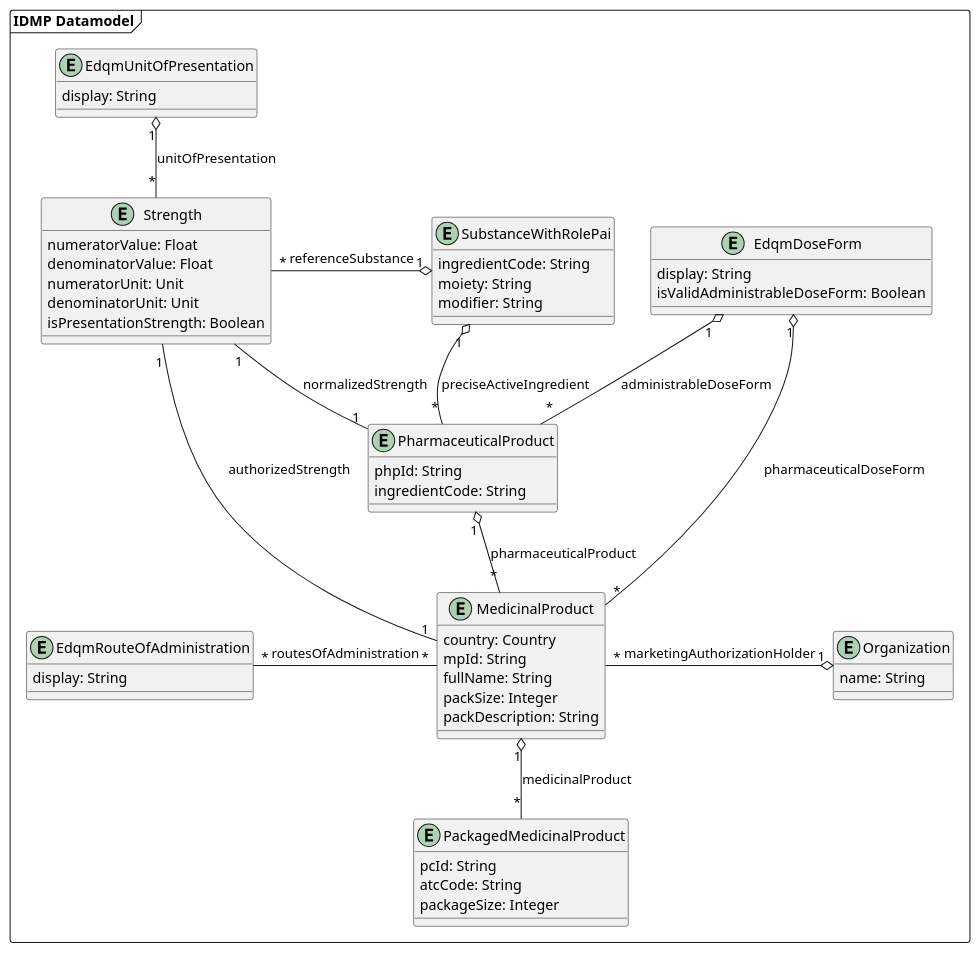
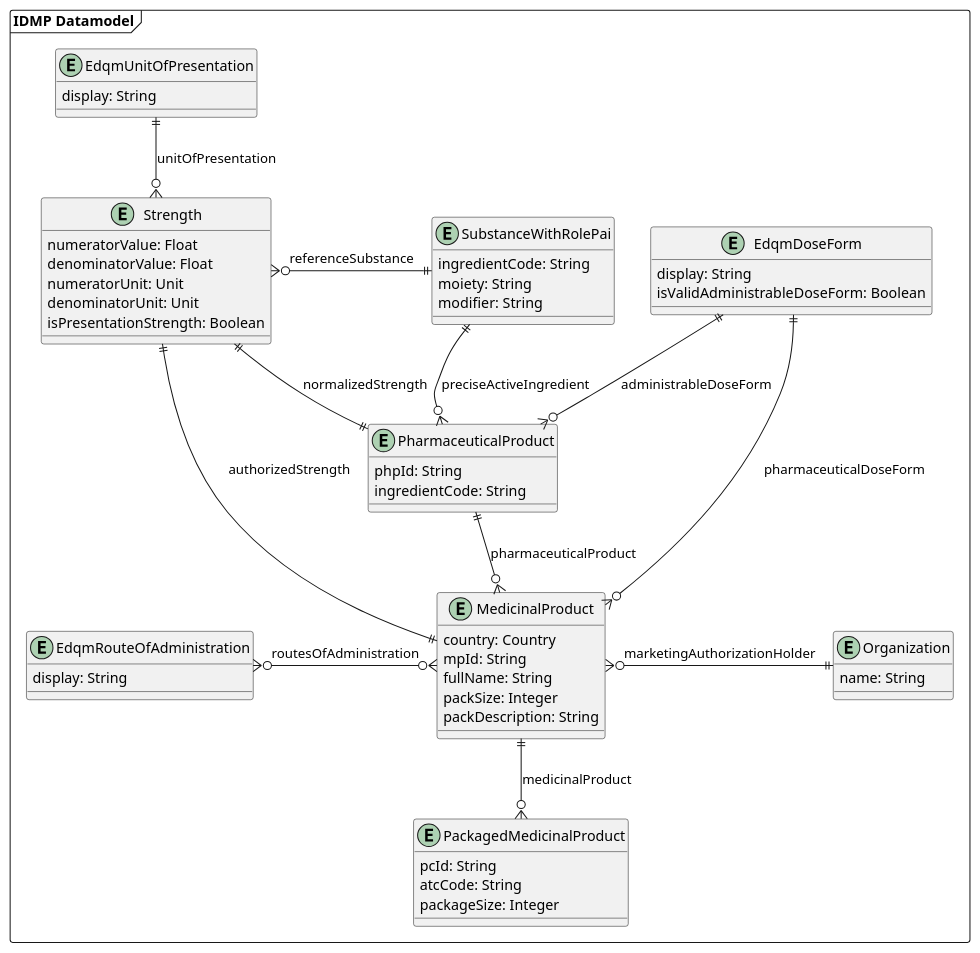
One commit to unicom-project-eu/wp6-db-api changed the diagram in uml/class/datamodel.puml. Above: the diagram before and after it, drawn with PlantUML.

Commit message:
Use ER notation for relationships

```diff
--- a/uml/class/datamodel.puml
+++ b/uml/class/datamodel.puml
@@ -1,73 +1,73 @@
 @startuml
 'https://plantuml.com/class-diagram
 
 package "IDMP Datamodel" as idmpDatamodel <<frame>> {
     entity EdqmRouteOfAdministration {
         display: String
     }
 
     entity EdqmUnitOfPresentation {
         display: String
     }
 
     together {
         entity EdqmDoseForm {
             display: String
             isValidAdministrableDoseForm: Boolean
         }
 
         entity Strength {
             numeratorValue: Float
             denominatorValue: Float
             numeratorUnit: Unit
             denominatorUnit: Unit
             isPresentationStrength: Boolean
         }
 
         entity SubstanceWithRolePai {
             ingredientCode: String
             moiety: String
             modifier: String
         }
     }
 
     entity PharmaceuticalProduct {
         phpId: String
         ingredientCode: String
     }
 
     entity MedicinalProduct {
         country: Country
         mpId: String
         fullName: String
         packSize: Integer
         packDescription: String
     }
 
     entity PackagedMedicinalProduct {
         pcId: String
         atcCode: String
         packageSize: Integer
     }
 
     entity Organization {
         name: String
     }
 
-    SubstanceWithRolePai "1" o------ "*" PharmaceuticalProduct : preciseActiveIngredient
-    EdqmDoseForm "1" o-- "*" PharmaceuticalProduct : administrableDoseForm
-    Strength "1" -- "1" PharmaceuticalProduct : normalizedStrength
+    SubstanceWithRolePai ||------o{ PharmaceuticalProduct : preciseActiveIngredient
+    EdqmDoseForm ||--o{ PharmaceuticalProduct : administrableDoseForm
+    Strength ||--|| PharmaceuticalProduct : normalizedStrength
 
-    PharmaceuticalProduct "1" o-- "*" MedicinalProduct : pharmaceuticalProduct
+    PharmaceuticalProduct ||--o{ MedicinalProduct : pharmaceuticalProduct
 
-    MedicinalProduct "1" o-- "*" PackagedMedicinalProduct : medicinalProduct
-    MedicinalProduct "*" --o "1" EdqmDoseForm : pharmaceuticalDoseForm
-    MedicinalProduct "1" -- "1" Strength : authorizedStrength
-    EdqmRouteOfAdministration "*" - "*" MedicinalProduct : routesOfAdministration
-    EdqmUnitOfPresentation "1" o-- "*" Strength: unitOfPresentation
+    MedicinalProduct ||--o{ PackagedMedicinalProduct : medicinalProduct
+    MedicinalProduct }o--|| EdqmDoseForm : pharmaceuticalDoseForm
+    MedicinalProduct ||--|| Strength : authorizedStrength
+    EdqmRouteOfAdministration }o-o{ MedicinalProduct : routesOfAdministration
+    EdqmUnitOfPresentation ||--o{ Strength: unitOfPresentation
 
-    MedicinalProduct "*" -o "1" Organization : marketingAuthorizationHolder
+    MedicinalProduct }o-|| Organization : marketingAuthorizationHolder
 
-    Strength "*" -o "1" SubstanceWithRolePai : referenceSubstance
+    Strength }o-|| SubstanceWithRolePai : referenceSubstance
 }
 @enduml
```
